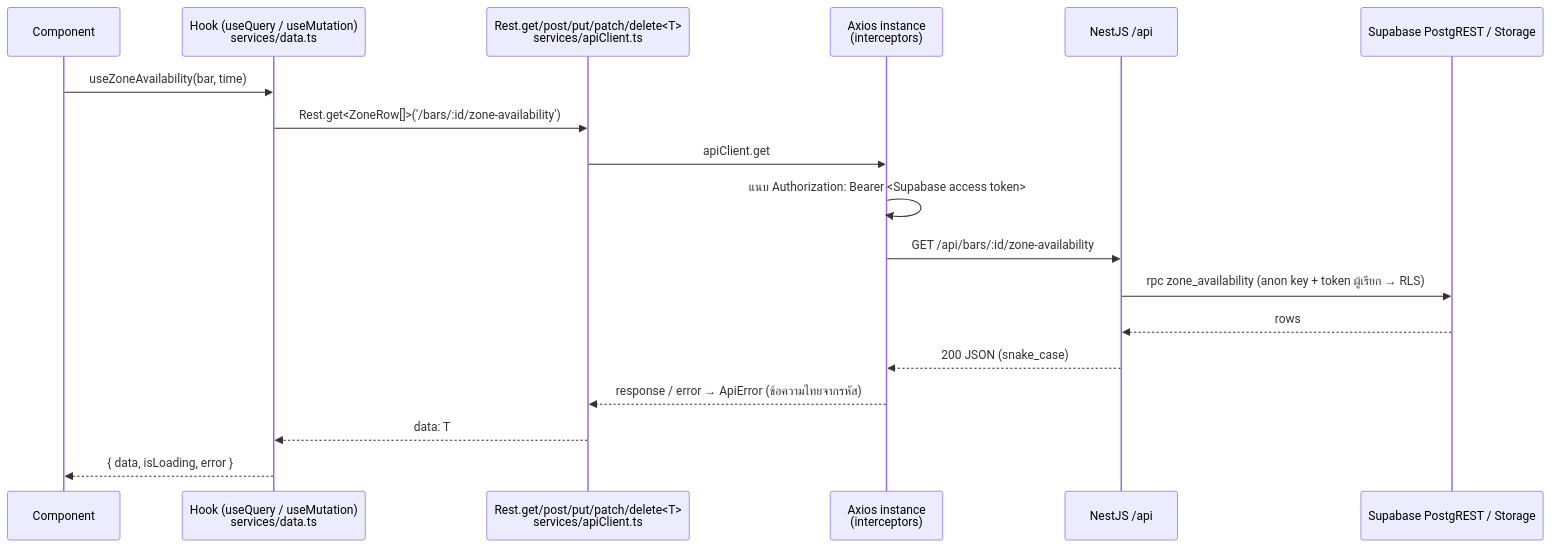
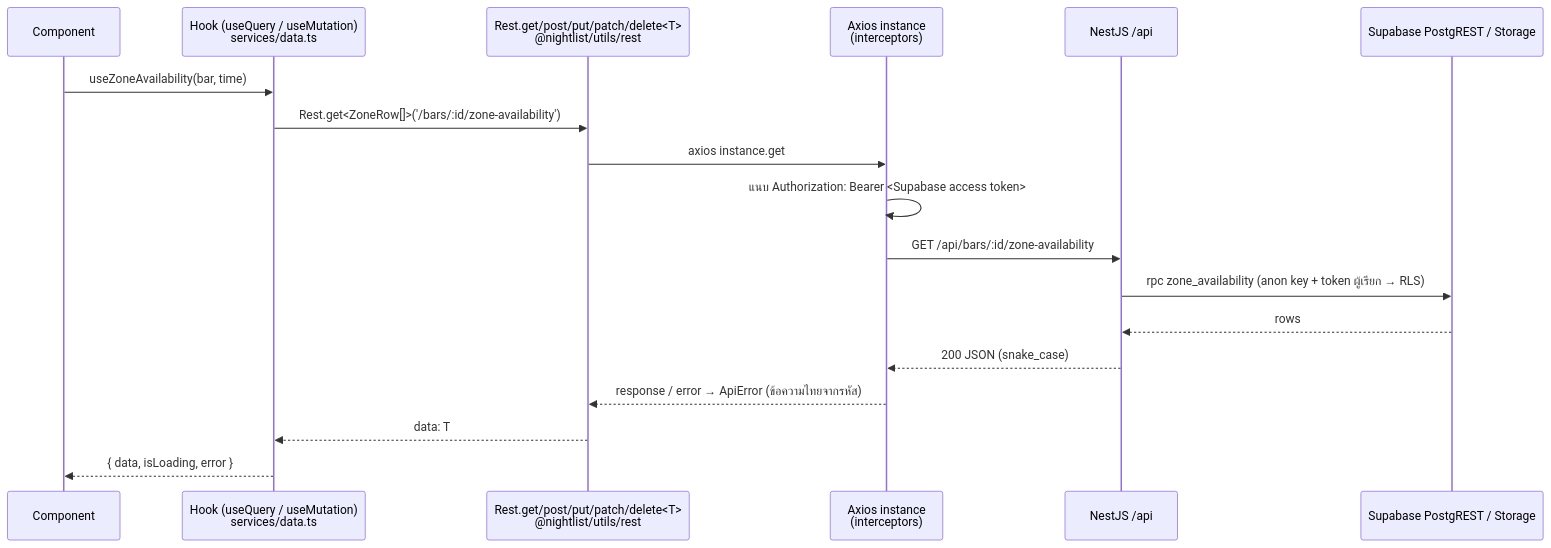
The second of 7 diagrams in docs/ARCHITECTURE.md (NightList/NightList), drawn with Mermaid before and after one commit. The commit also changed other lines of this file and 27 other files, not shown here.

First line of the commit message:
refactor: Rest client กลางใน @nightlist/utils/rest ใช้ร่วม frontend + admin (ADR 0004)

````diff
--- a/docs/ARCHITECTURE.md
+++ b/docs/ARCHITECTURE.md
@@ -130,20 +130,20 @@
 ```mermaid
 sequenceDiagram
   participant C as Component
   participant H as Hook (useQuery / useMutation)<br/>services/data.ts
-  participant R as Rest.get/post/put/patch/delete<T><br/>services/apiClient.ts
+  participant R as Rest.get/post/put/patch/delete<T><br/>@nightlist/utils/rest
   participant X as Axios instance<br/>(interceptors)
   participant API as NestJS /api
   participant DB as Supabase PostgREST / Storage
   C->>H: useZoneAvailability(bar, time)
   H->>R: Rest.get<ZoneRow[]>('/bars/:id/zone-availability')
-  R->>X: apiClient.get
+  R->>X: axios instance.get
   X->>X: แนบ Authorization: Bearer <Supabase access token>
   X->>API: GET /api/bars/:id/zone-availability
   API->>DB: rpc zone_availability (anon key + token ผู้เรียก → RLS)
   DB-->>API: rows
   API-->>X: 200 JSON (snake_case)
   X-->>R: response / error → ApiError (ข้อความไทยจากรหัส)
   R-->>H: data: T
   H-->>C: { data, isLoading, error }
 ```
````
